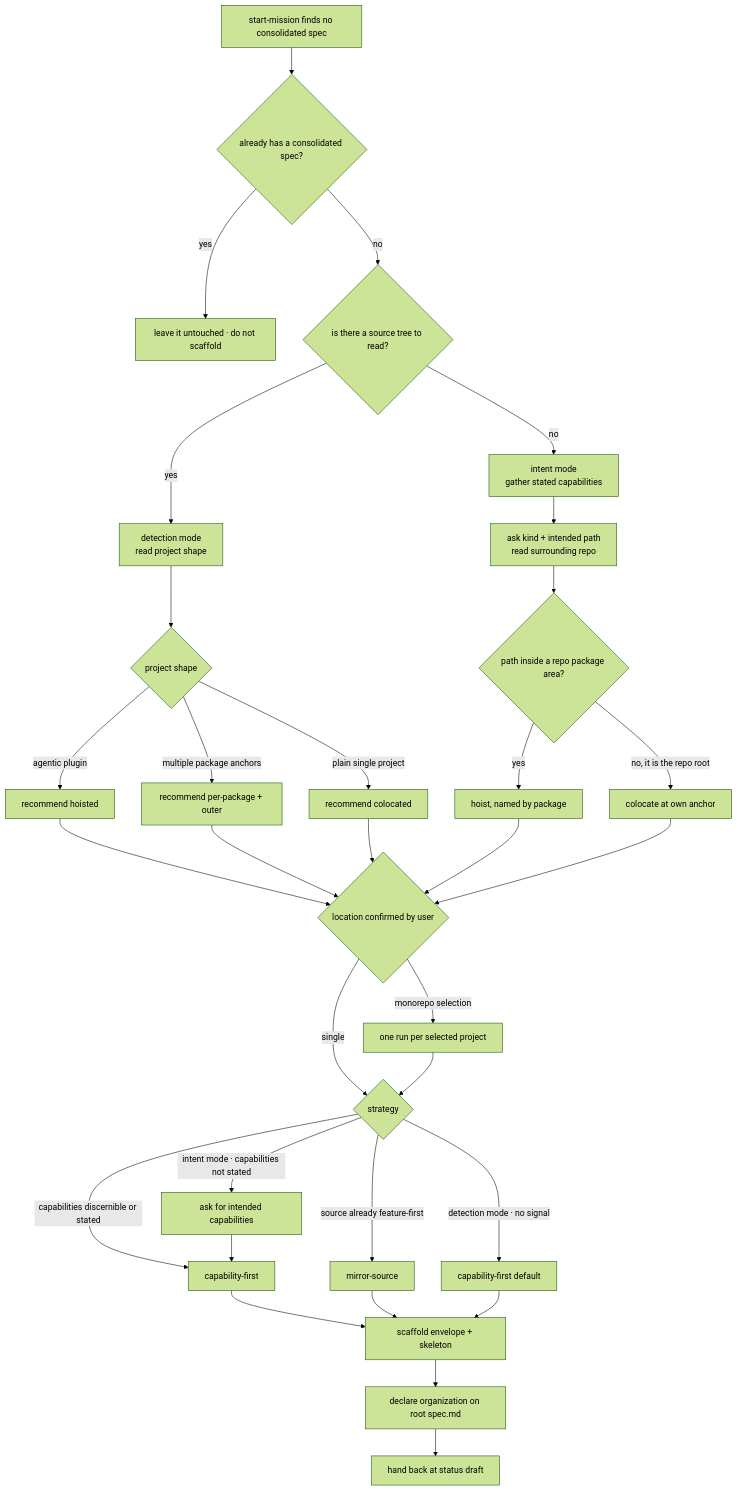
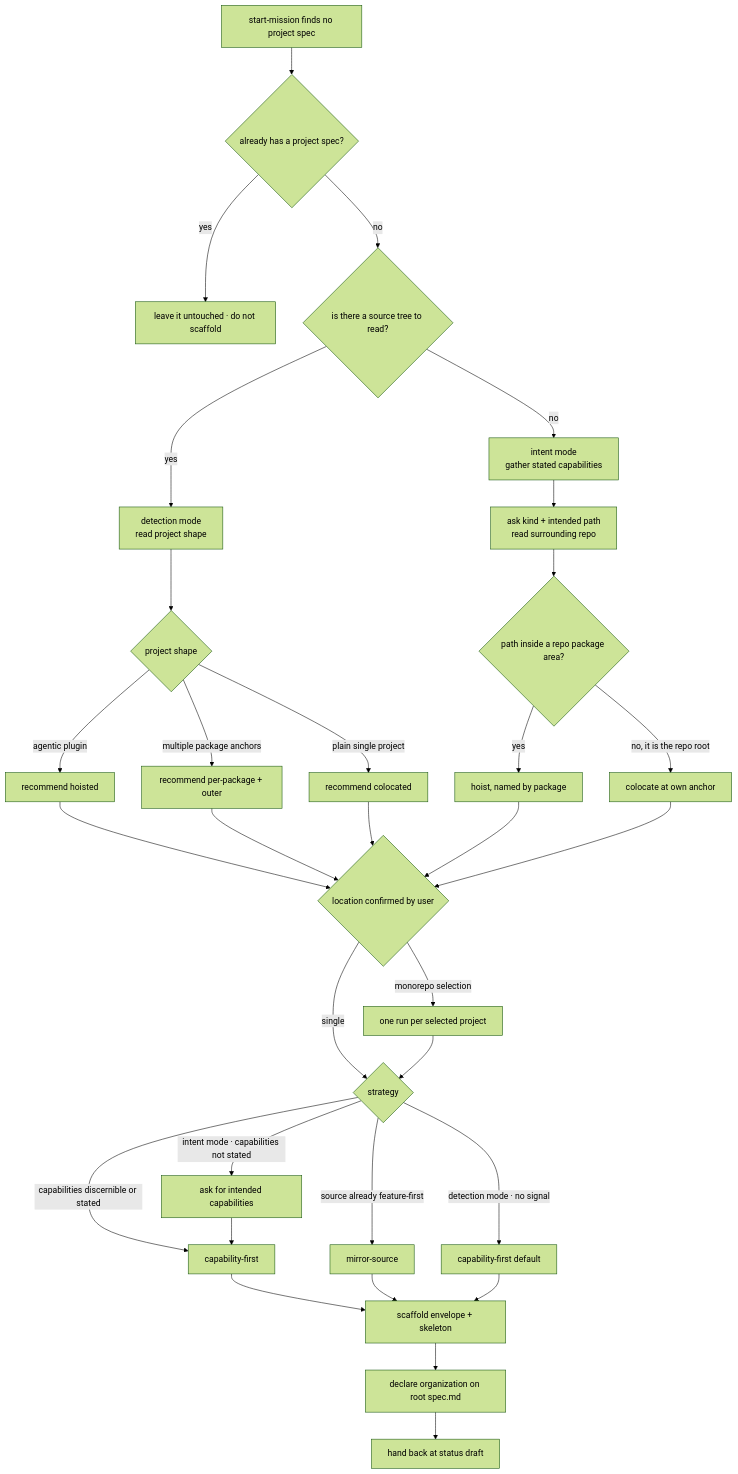
One commit to cyberuni/cyber-sdd changed the diagram in .agents/specs/sdd/authoring/scaffold-project-spec/README.md. Above: the diagram before and after it, drawn with Mermaid (forest theme). The commit also changed other lines of this file and 4 other files, not shown here.

First line of the commit message:
refactor(sdd): drop the vestigial 'consolidated spec' term

````diff
--- a/.agents/specs/sdd/authoring/scaffold-project-spec/README.md
+++ b/.agents/specs/sdd/authoring/scaffold-project-spec/README.md
@@ -64,41 +64,41 @@
 ```mermaid
 flowchart TD
-  S["start-mission finds no consolidated spec"] --> D0{"already has a consolidated spec?"}
+  S["start-mission finds no project spec"] --> D0{"already has a project spec?"}
   D0 -->|"yes"| X["leave it untouched · do not scaffold"]
   D0 -->|"no"| D1{"is there a source tree to read?"}
 
   D1 -->|"yes"| DET["detection mode<br/>read project shape"]
   D1 -->|"no"| INT["intent mode<br/>gather stated capabilities"]
 
   DET --> D2{"project shape"}
   D2 -->|"agentic plugin"| L1["recommend hoisted"]
   D2 -->|"multiple package anchors"| L2["recommend per-package + outer"]
   D2 -->|"plain single project"| L3["recommend colocated"]
   INT --> L4["ask kind + intended path<br/>read surrounding repo"]
 
   L1 --> D3{"location confirmed by user"}
   L2 --> D3
   L3 --> D3
   L4 --> DER{"path inside a repo package area?"}
   DER -->|"yes"| H1["hoist, named by package"]
   DER -->|"no, it is the repo root"| H2["colocate at own anchor"]
   H1 --> D3
   H2 --> D3
 
   D3 -->|"monorepo selection"| FAN["one run per selected project"]
   D3 -->|"single"| D4{"strategy"}
   FAN --> D4
 
   D4 -->|"capabilities discernible or stated"| ST1["capability-first"]
   D4 -->|"source already feature-first"| ST2["mirror-source"]
   D4 -->|"detection mode · no signal"| ST3["capability-first default"]
   D4 -->|"intent mode · capabilities not stated"| ASK["ask for intended capabilities"]
   ASK --> ST1
 
   ST1 --> SC["scaffold envelope + skeleton"]
   ST2 --> SC
   ST3 --> SC
 
   SC --> DECL["declare organization on root spec.md"]
   DECL --> HB["hand back at status draft"]
 ```
````
